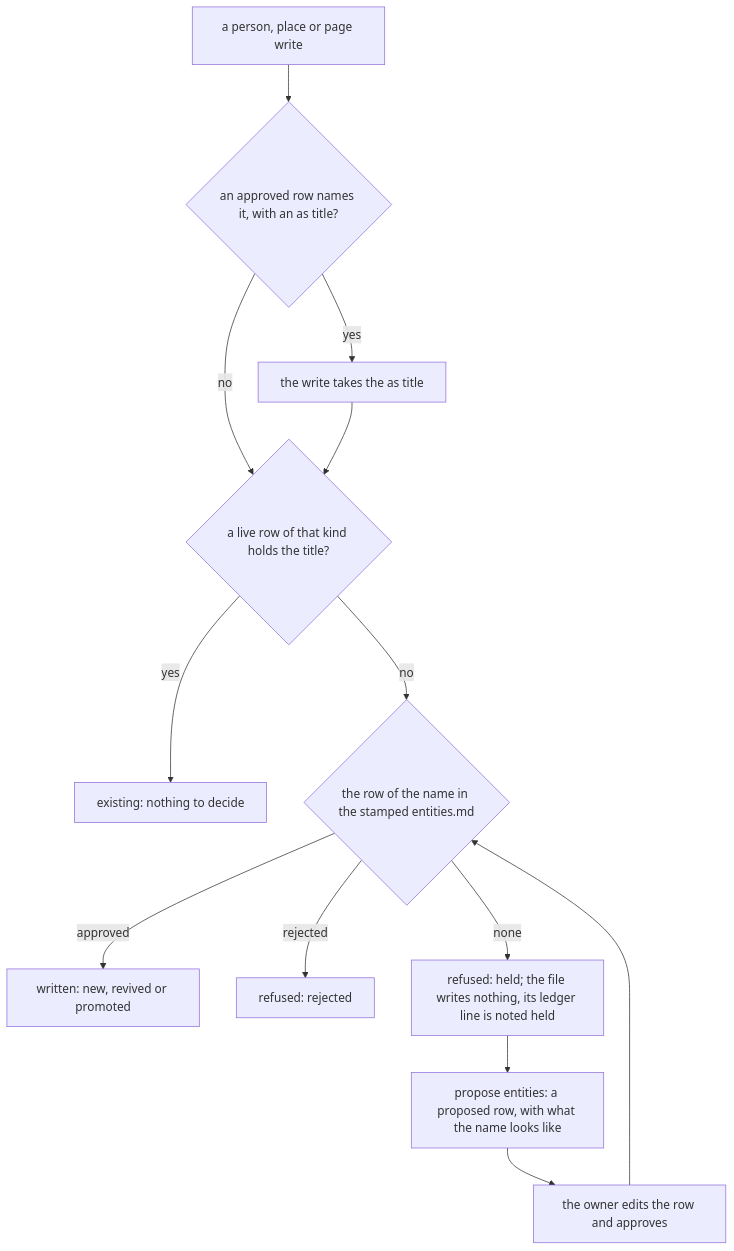
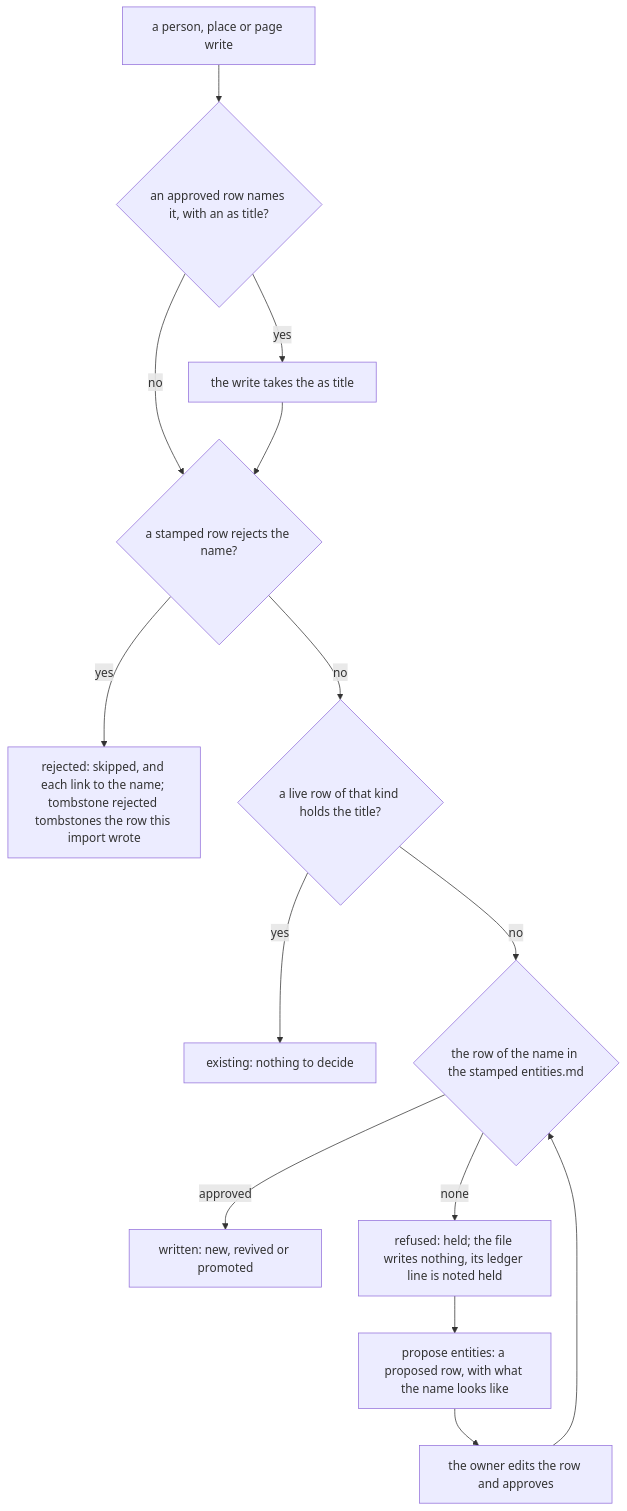
The diagram in docs/guides/importing.md (alexradunet/lifelogdb), drawn with Mermaid before and after one commit. The commit also changed other lines of this file and 22 other files, not shown here.

First line of the commit message:
import: a rejected name is skipped and its imported row tombstoned (plan 085)

````diff
--- a/docs/guides/importing.md
+++ b/docs/guides/importing.md
@@ -112,16 +112,17 @@
 ```mermaid
 %% diagram: name-decision
 flowchart TD
   W["a person, place or page write"] --> AS{"an approved row names it, with an as title?"}
   AS -->|"yes"| T["the write takes the as title"]
-  AS -->|"no"| L{"a live row of that kind holds the title?"}
-  T --> L
+  AS -->|"no"| RJ{"a stamped row rejects the name?"}
+  T --> RJ
+  RJ -->|"yes"| R["rejected: skipped, and each link to the name; tombstone rejected tombstones the row this import wrote"]
+  RJ -->|"no"| L{"a live row of that kind holds the title?"}
   L -->|"yes"| X["existing: nothing to decide"]
   L -->|"no"| D{"the row of the name in the stamped entities.md"}
   D -->|"approved"| N["written: new, revived or promoted"]
-  D -->|"rejected"| R["refused: rejected"]
   D -->|"none"| H["refused: held; the file writes nothing, its ledger line is noted held"]
   H --> P["propose entities: a proposed row, with what the name looks like"]
   P --> O["the owner edits the row and approves"]
   O --> D
 ```
````
